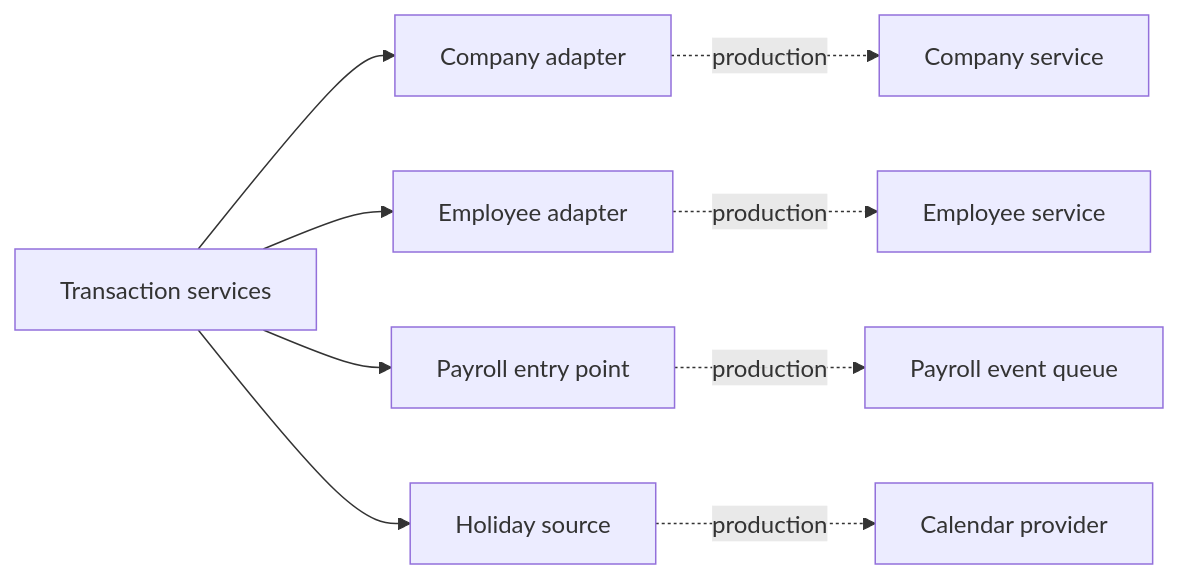
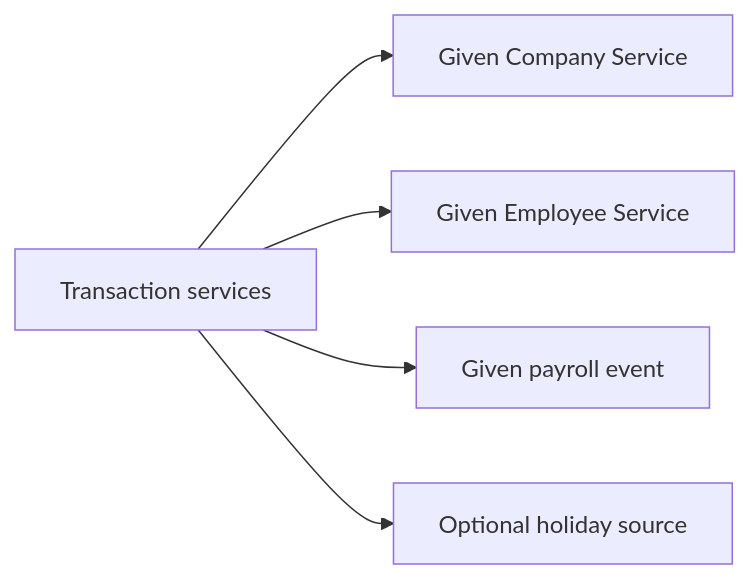
The diagram in backend/app/integrations/DESIGN.md (advaith334/warp-time-off-tracking), drawn with Mermaid before and after one commit. The commit also changed other lines of this file and 6 other files, not shown here.

````diff
--- a/backend/app/integrations/DESIGN.md
+++ b/backend/app/integrations/DESIGN.md
@@ -7,11 +7,7 @@
 ```mermaid
 flowchart LR
-    Services[Transaction services] --> Company[Company adapter]
-    Services --> Employee[Employee adapter]
-    Services --> Payroll[Payroll entry point]
-    Services --> Holiday[Holiday source]
-    Company -. production .-> CompanyAPI[Company service]
-    Employee -. production .-> EmployeeAPI[Employee service]
-    Payroll -. production .-> Queue[Payroll event queue]
-    Holiday -. production .-> Calendar[Calendar provider]
+    Services[Transaction services] --> Company[Given Company Service]
+    Services --> Employee[Given Employee Service]
+    Services --> Payroll[Given payroll event]
+    Services --> Holiday[Optional holiday source]
 ```
````
